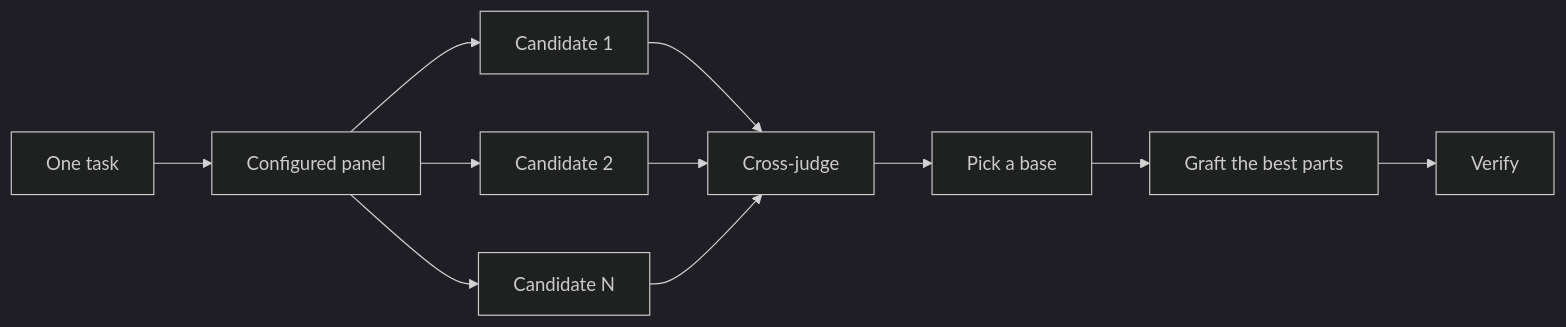
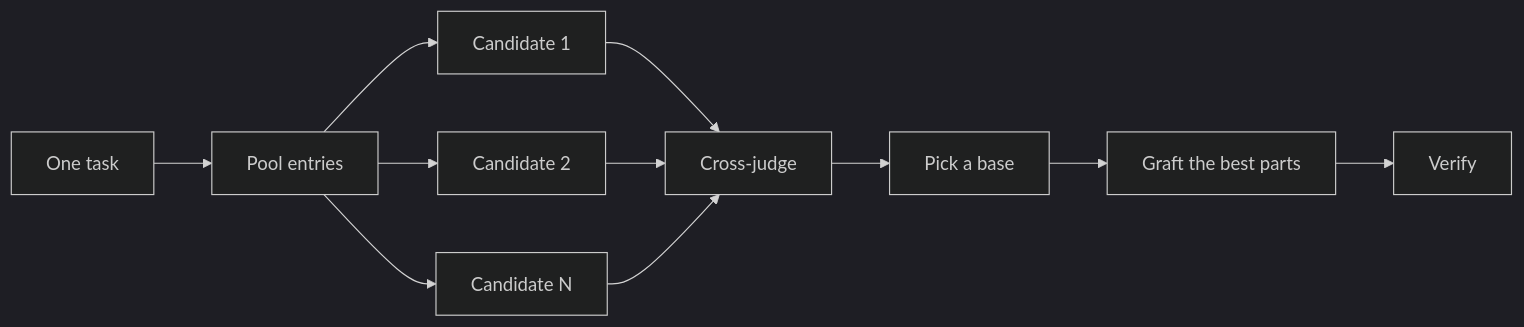
Before and after one commit to Young-caveman/cursor-plugins: the diagram in pstack/docs/guide/04-design.md, drawn with Mermaid (dark theme). The commit also changed other lines of this file and 30 other files, not shown here.

````diff
--- a/pstack/docs/guide/04-design.md
+++ b/pstack/docs/guide/04-design.md
@@ -29,13 +29,13 @@
 ```mermaid
 flowchart LR
-    A[One task] --> B[Configured panel]
+    A[One task] --> B[Pool entries]
     B --> C[Candidate 1]
     B --> D[Candidate 2]
     B --> E[Candidate N]
     C --> F[Cross-judge]
     D --> F
     E --> F
     F --> G[Pick a base]
     G --> H[Graft the best parts]
     H --> I[Verify]
 ```
````
